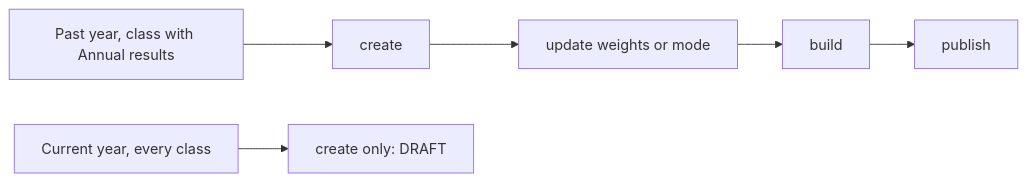
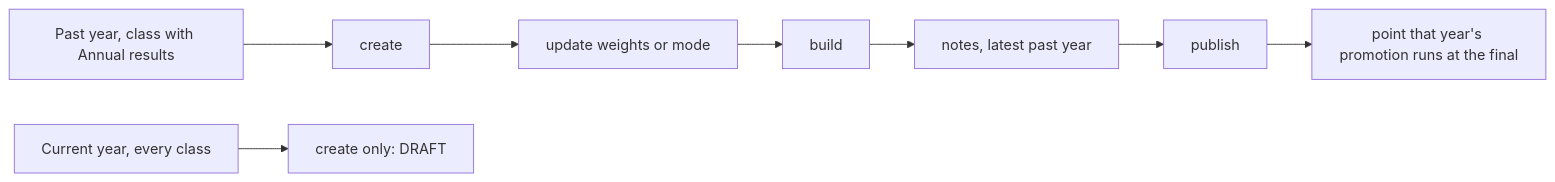
One commit to LBCron/biddaloy changed the third of 10 diagrams in docs/architecture/22-demo-seed.md. Above: the diagram before and after it, drawn with Mermaid. The commit also changed other lines of this file and 6 other files, not shown here.

First line of the commit message:
feat(demo-seed): report-card notes and a final-backed promotion run in the exams slice (#3411)

````diff
--- a/docs/architecture/22-demo-seed.md
+++ b/docs/architecture/22-demo-seed.md
@@ -90,5 +90,6 @@
 ```mermaid
 flowchart LR
-  A[Past year, class with Annual results] --> B[create] --> C[update weights or mode] --> D[build] --> E[publish]
+  A[Past year, class with Annual results] --> B[create] --> C[update weights or mode] --> D[build] --> N[notes, latest past year] --> E[publish]
   F[Current year, every class] --> G[create only: DRAFT]
+  E --> P[point that year's promotion runs at the final]
 ```
````
